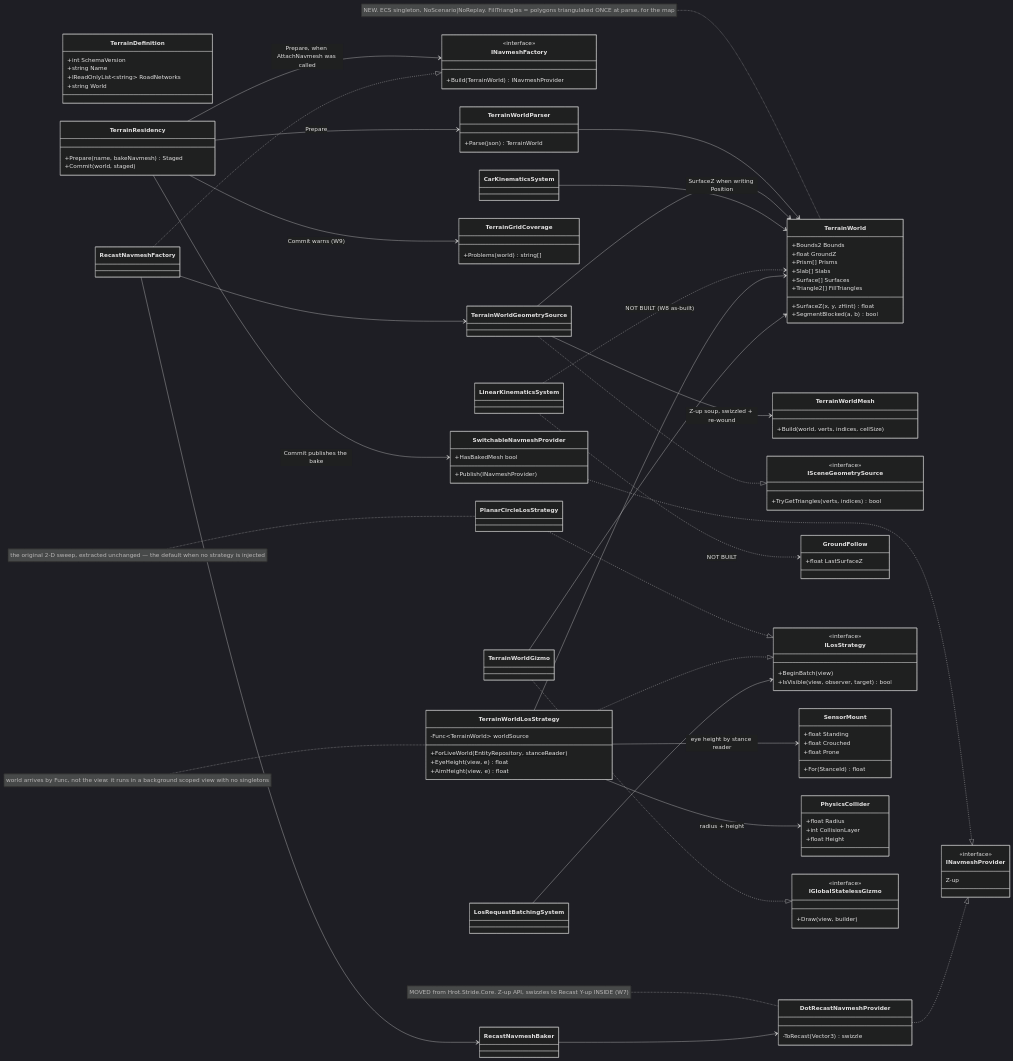
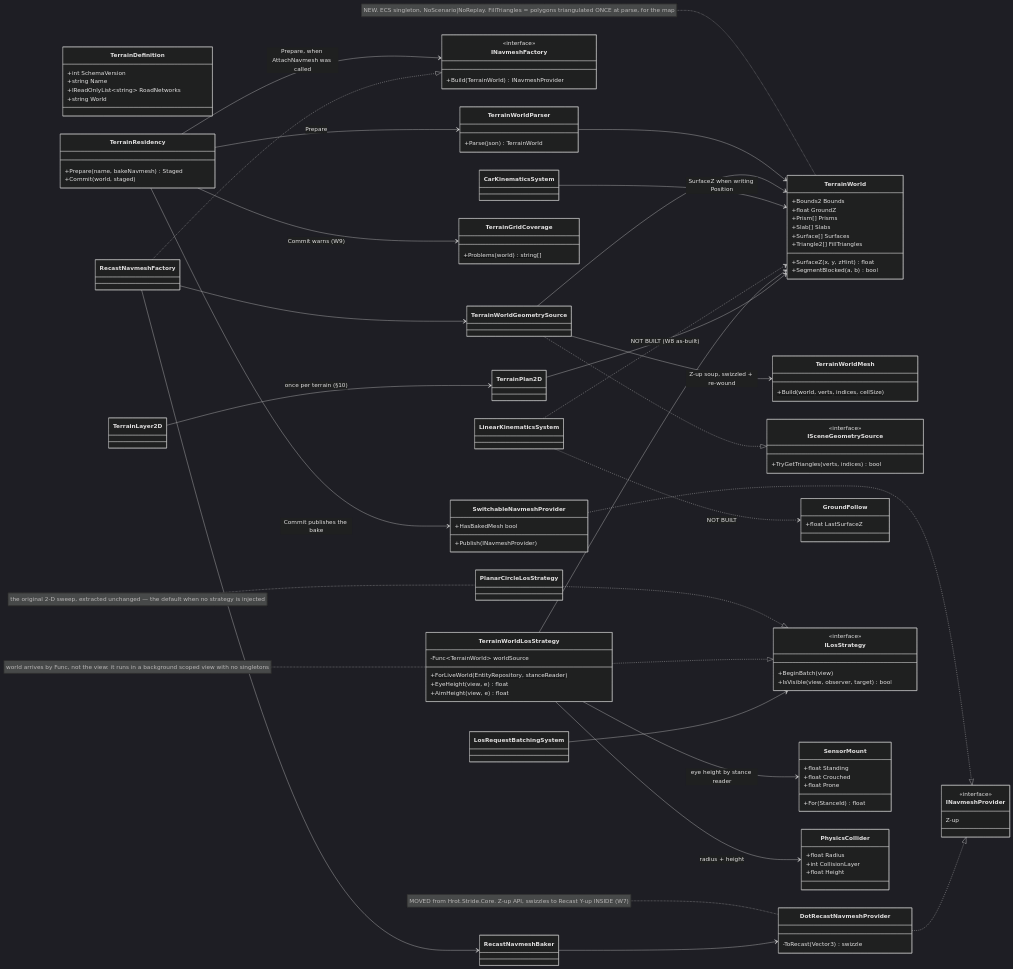
The first of 12 diagrams in docs/DESIGN_Terrain_World.md (pjanec/HROT), drawn with Mermaid (dark theme) before and after one commit. The commit also changed other lines of this file and 22 other files, not shown here.

First line of the commit message:
feat(CE-1227): the 2-D terrain is a retained layer, not gizmos (R-1013)

```diff
--- a/docs/DESIGN_Terrain_World.md
+++ b/docs/DESIGN_Terrain_World.md
@@ -181,11 +181,8 @@
     +float Height
   }
   class LosRequestBatchingSystem
-  class TerrainWorldGizmo
-  class IGlobalStatelessGizmo {
-    <<interface>>
-    +Draw(view, builder)
-  }
+  class TerrainLayer2D
+  class TerrainPlan2D
   TerrainResidency --> TerrainWorldParser : Prepare
   TerrainResidency --> INavmeshFactory : Prepare, when AttachNavmesh was called
   TerrainResidency --> SwitchableNavmeshProvider : Commit publishes the bake
@@ -209,8 +206,8 @@
   TerrainWorldLosStrategy --> SensorMount : eye height by stance reader
   TerrainWorldLosStrategy --> PhysicsCollider : radius + height
   LosRequestBatchingSystem --> ILosStrategy
-  TerrainWorldGizmo ..|> IGlobalStatelessGizmo
-  TerrainWorldGizmo --> TerrainWorld
+  TerrainLayer2D --> TerrainPlan2D : once per terrain (§10)
+  TerrainPlan2D --> TerrainWorld
   note for TerrainWorld "NEW. ECS singleton, NoScenario|NoReplay. FillTriangles = polygons triangulated ONCE at parse, for the map"
   note for DotRecastNavmeshProvider "MOVED from Hrot.Stride.Core. Z-up API, swizzles to Recast Y-up INSIDE (W7)"
   note for PlanarCircleLosStrategy "the original 2-D sweep, extracted unchanged — the default when no strategy is injected"
```
